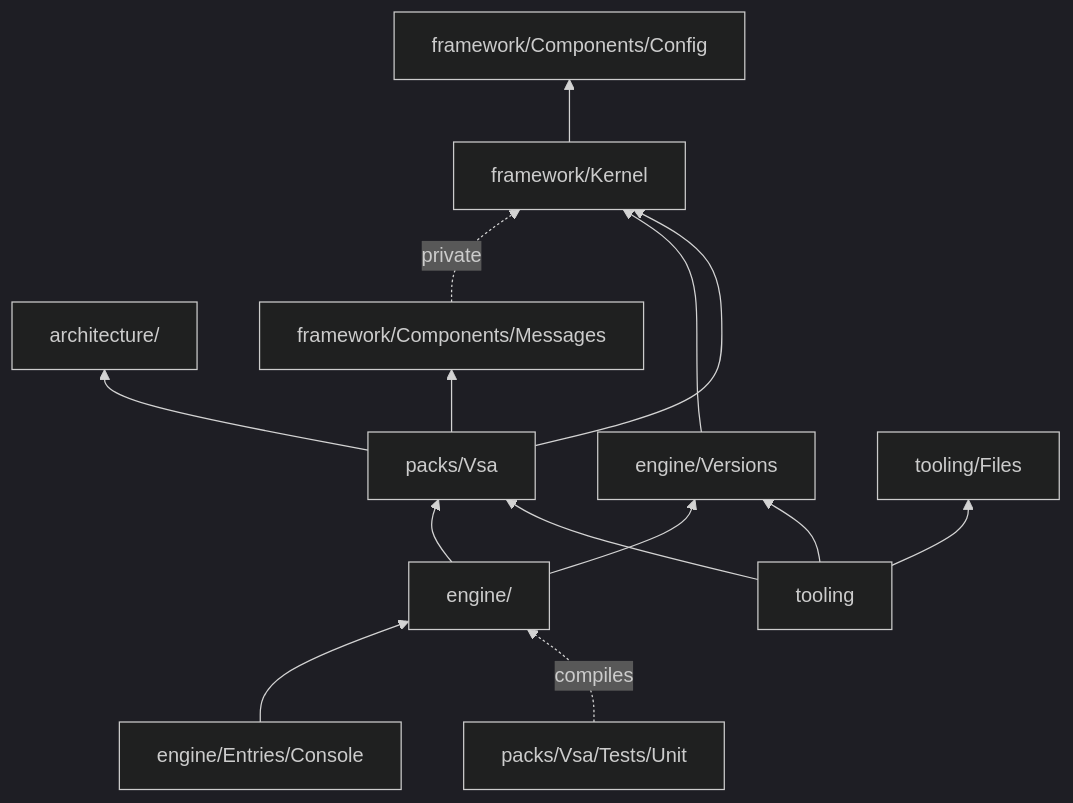
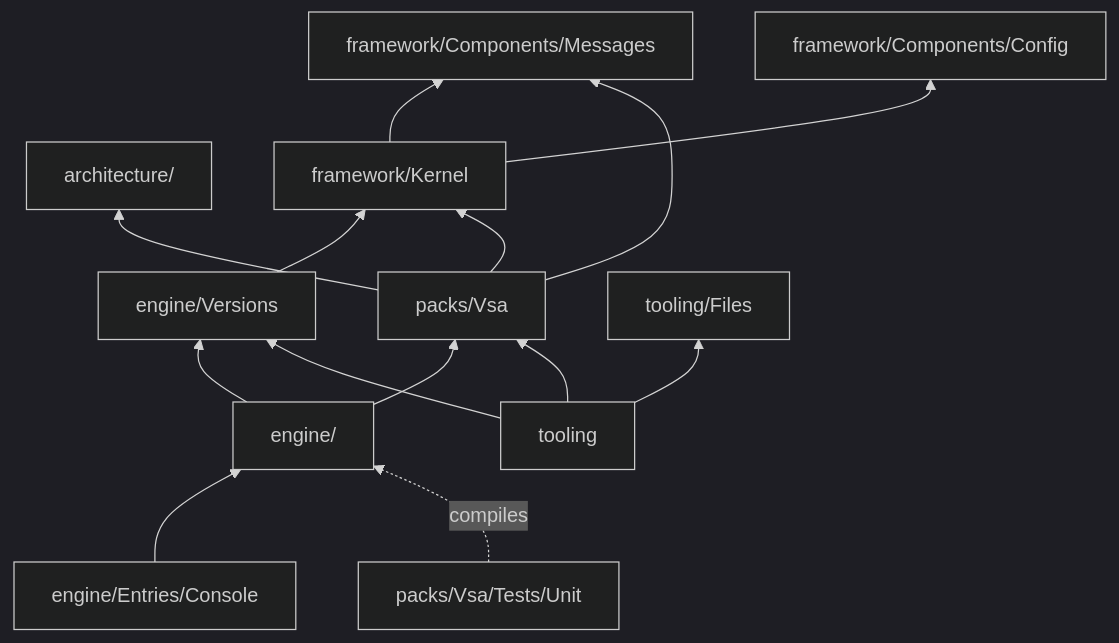
The diagram in docs/framework-layout.md (MgCohen/vsa-template), drawn with Mermaid (dark theme) before and after one commit. The commit also changed other lines of this file and 61 other files, not shown here.

````diff
--- a/docs/framework-layout.md
+++ b/docs/framework-layout.md
@@ -18,17 +18,17 @@
 ```mermaid
 flowchart BT
     Architecture["architecture/"]
-    Messages["framework/Components/Messages"] -. private .-> Kernel
+    Kernel --> Messages["framework/Components/Messages"]
     Kernel --> Config["framework/Components/Config"]
     Versions --> Kernel
     Vsa["packs/Vsa"] --> Kernel["framework/Kernel"]
     Vsa --> Messages
     Vsa --> Architecture
     Engine["engine/"] --> Vsa
     Engine --> Versions
     Console["engine/Entries/Console"] --> Engine
     Testing["packs/Vsa/Tests/Unit"] -. compiles .-> Engine
     Cli["tooling"] --> Versions["engine/Versions"]
     Cli --> Vsa
     Cli --> Files["tooling/Files"]
 ```
````
